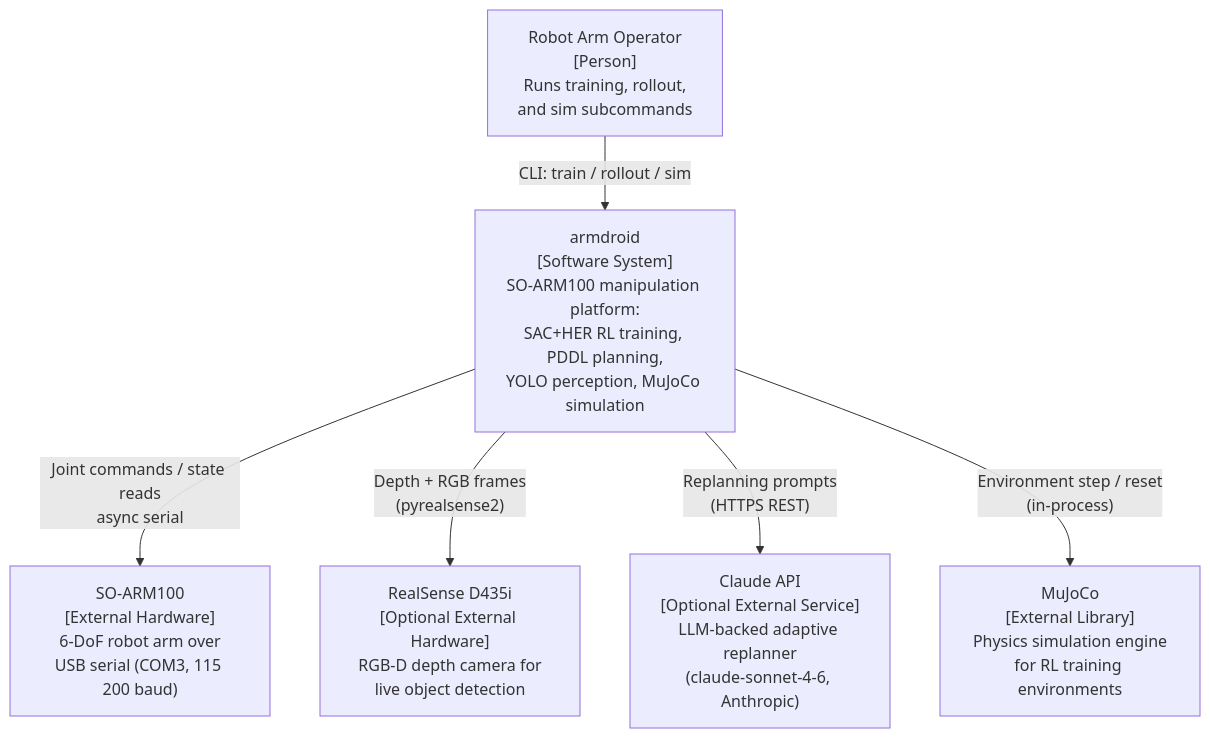
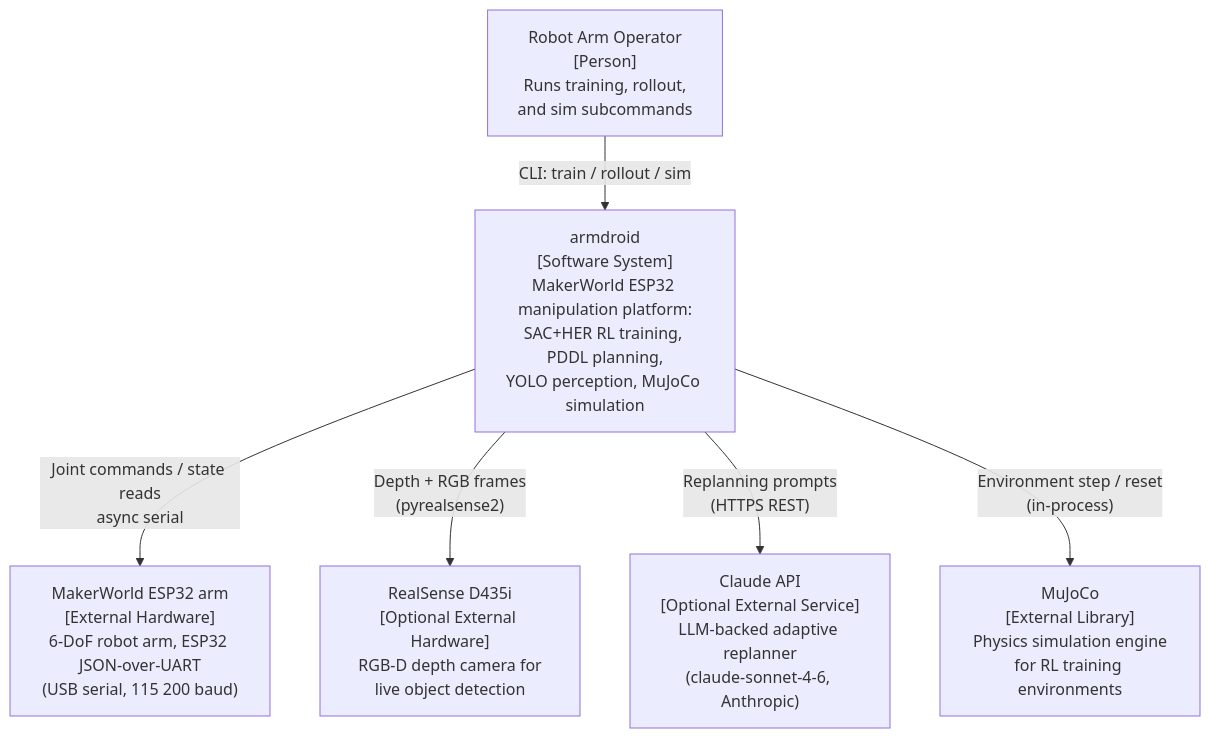
One commit to ianshank/Arm_Droid changed the first of 3 diagrams in docs/architecture/C4.md. Above: the diagram before and after it, drawn with Mermaid. The commit also changed other lines of this file and 15 other files, not shown here.

````diff
--- a/docs/architecture/C4.md
+++ b/docs/architecture/C4.md
@@ -16,20 +16,20 @@
 ```mermaid
 graph TD
     operator["Robot Arm Operator\n[Person]\nRuns training, rollout,\nand sim subcommands"]
 
-    armdroid["armdroid\n[Software System]\nSO-ARM100 manipulation platform:\nSAC+HER RL training, PDDL planning,\nYOLO perception, MuJoCo simulation"]
+    armdroid["armdroid\n[Software System]\nMakerWorld ESP32 manipulation platform:\nSAC+HER RL training, PDDL planning,\nYOLO perception, MuJoCo simulation"]
 
-    arm["SO-ARM100\n[External Hardware]\n6-DoF robot arm over\nUSB serial (COM3, 115 200 baud)"]
+    arm["MakerWorld ESP32 arm\n[External Hardware]\n6-DoF robot arm, ESP32 JSON-over-UART\n(USB serial, 115 200 baud)"]
 
     camera["RealSense D435i\n[Optional External Hardware]\nRGB-D depth camera for\nlive object detection"]
 
     claude["Claude API\n[Optional External Service]\nLLM-backed adaptive replanner\n(claude-sonnet-4-6, Anthropic)"]
 
     mujoco["MuJoCo\n[External Library]\nPhysics simulation engine\nfor RL training environments"]
 
     operator -->|"CLI: train / rollout / sim"| armdroid
     armdroid -->|"Joint commands / state reads\nasync serial"| arm
     armdroid -->|"Depth + RGB frames\n(pyrealsense2)"| camera
     armdroid -->|"Replanning prompts\n(HTTPS REST)"| claude
     armdroid -->|"Environment step / reset\n(in-process)"| mujoco
 ```
````
